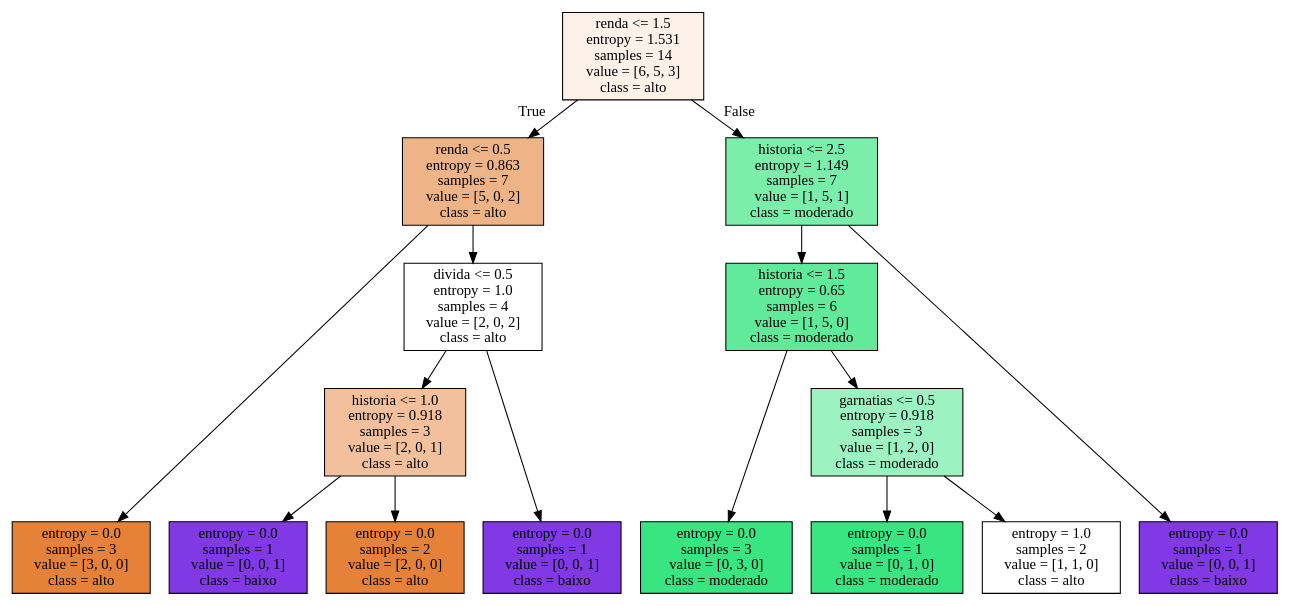
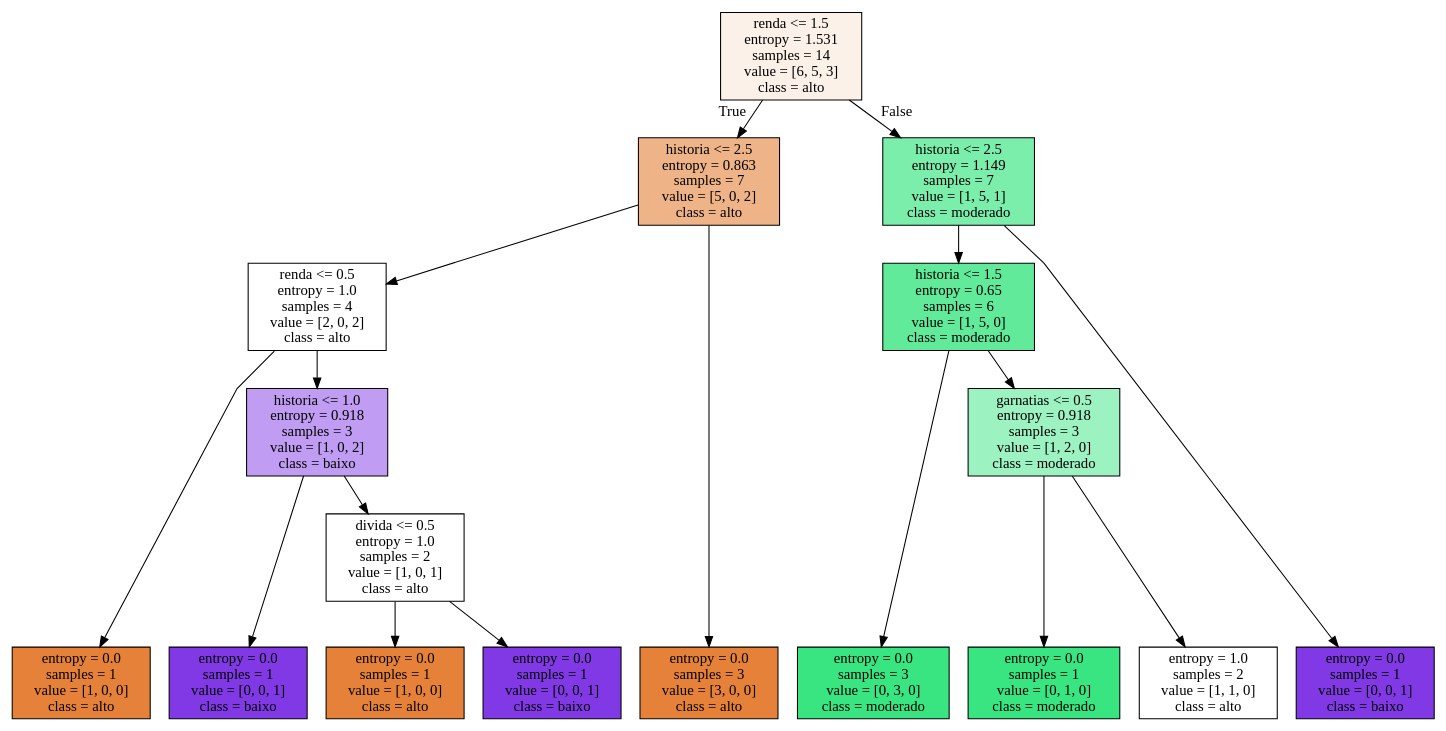
Before and after one commit to Ighus/studying_machine_learning: the diagram in arvore.dot, drawn with Graphviz. The commit also changed 11 other files, not shown here.

```diff
--- a/arvore.dot
+++ b/arvore.dot
@@ -1,38 +1,43 @@
 digraph Tree {
 node [shape=box, style="filled", color="black"] ;
 graph [ranksep=equally, splines=polyline] ;
 0 [label="renda <= 1.5\nentropy = 1.531\nsamples = 14\nvalue = [6, 5, 3]\nclass = alto", fillcolor="#fcf1e9"] ;
-1 [label="renda <= 0.5\nentropy = 0.863\nsamples = 7\nvalue = [5, 0, 2]\nclass = alto", fillcolor="#efb388"] ;
+1 [label="historia <= 2.5\nentropy = 0.863\nsamples = 7\nvalue = [5, 0, 2]\nclass = alto", fillcolor="#efb388"] ;
 0 -> 1 [labeldistance=2.5, labelangle=45, headlabel="True"] ;
-2 [label="entropy = 0.0\nsamples = 3\nvalue = [3, 0, 0]\nclass = alto", fillcolor="#e58139"] ;
+2 [label="renda <= 0.5\nentropy = 1.0\nsamples = 4\nvalue = [2, 0, 2]\nclass = alto", fillcolor="#ffffff"] ;
 1 -> 2 ;
-3 [label="divida <= 0.5\nentropy = 1.0\nsamples = 4\nvalue = [2, 0, 2]\nclass = alto", fillcolor="#ffffff"] ;
-1 -> 3 ;
-4 [label="historia <= 1.0\nentropy = 0.918\nsamples = 3\nvalue = [2, 0, 1]\nclass = alto", fillcolor="#f2c09c"] ;
-3 -> 4 ;
+3 [label="entropy = 0.0\nsamples = 1\nvalue = [1, 0, 0]\nclass = alto", fillcolor="#e58139"] ;
+2 -> 3 ;
+4 [label="historia <= 1.0\nentropy = 0.918\nsamples = 3\nvalue = [1, 0, 2]\nclass = baixo", fillcolor="#c09cf2"] ;
+2 -> 4 ;
 5 [label="entropy = 0.0\nsamples = 1\nvalue = [0, 0, 1]\nclass = baixo", fillcolor="#8139e5"] ;
 4 -> 5 ;
-6 [label="entropy = 0.0\nsamples = 2\nvalue = [2, 0, 0]\nclass = alto", fillcolor="#e58139"] ;
+6 [label="divida <= 0.5\nentropy = 1.0\nsamples = 2\nvalue = [1, 0, 1]\nclass = alto", fillcolor="#ffffff"] ;
 4 -> 6 ;
-7 [label="entropy = 0.0\nsamples = 1\nvalue = [0, 0, 1]\nclass = baixo", fillcolor="#8139e5"] ;
-3 -> 7 ;
-8 [label="historia <= 2.5\nentropy = 1.149\nsamples = 7\nvalue = [1, 5, 1]\nclass = moderado", fillcolor="#7beeab"] ;
-0 -> 8 [labeldistance=2.5, labelangle=-45, headlabel="False"] ;
-9 [label="historia <= 1.5\nentropy = 0.65\nsamples = 6\nvalue = [1, 5, 0]\nclass = moderado", fillcolor="#61ea9a"] ;
-8 -> 9 ;
-10 [label="entropy = 0.0\nsamples = 3\nvalue = [0, 3, 0]\nclass = moderado", fillcolor="#39e581"] ;
-9 -> 10 ;
-11 [label="garnatias <= 0.5\nentropy = 0.918\nsamples = 3\nvalue = [1, 2, 0]\nclass = moderado", fillcolor="#9cf2c0"] ;
-9 -> 11 ;
-12 [label="entropy = 0.0\nsamples = 1\nvalue = [0, 1, 0]\nclass = moderado", fillcolor="#39e581"] ;
+7 [label="entropy = 0.0\nsamples = 1\nvalue = [1, 0, 0]\nclass = alto", fillcolor="#e58139"] ;
+6 -> 7 ;
+8 [label="entropy = 0.0\nsamples = 1\nvalue = [0, 0, 1]\nclass = baixo", fillcolor="#8139e5"] ;
+6 -> 8 ;
+9 [label="entropy = 0.0\nsamples = 3\nvalue = [3, 0, 0]\nclass = alto", fillcolor="#e58139"] ;
+1 -> 9 ;
+10 [label="historia <= 2.5\nentropy = 1.149\nsamples = 7\nvalue = [1, 5, 1]\nclass = moderado", fillcolor="#7beeab"] ;
+0 -> 10 [labeldistance=2.5, labelangle=-45, headlabel="False"] ;
+11 [label="historia <= 1.5\nentropy = 0.65\nsamples = 6\nvalue = [1, 5, 0]\nclass = moderado", fillcolor="#61ea9a"] ;
+10 -> 11 ;
+12 [label="entropy = 0.0\nsamples = 3\nvalue = [0, 3, 0]\nclass = moderado", fillcolor="#39e581"] ;
 11 -> 12 ;
-13 [label="entropy = 1.0\nsamples = 2\nvalue = [1, 1, 0]\nclass = alto", fillcolor="#ffffff"] ;
+13 [label="garnatias <= 0.5\nentropy = 0.918\nsamples = 3\nvalue = [1, 2, 0]\nclass = moderado", fillcolor="#9cf2c0"] ;
 11 -> 13 ;
-14 [label="entropy = 0.0\nsamples = 1\nvalue = [0, 0, 1]\nclass = baixo", fillcolor="#8139e5"] ;
-8 -> 14 ;
+14 [label="entropy = 0.0\nsamples = 1\nvalue = [0, 1, 0]\nclass = moderado", fillcolor="#39e581"] ;
+13 -> 14 ;
+15 [label="entropy = 1.0\nsamples = 2\nvalue = [1, 1, 0]\nclass = alto", fillcolor="#ffffff"] ;
+13 -> 15 ;
+16 [label="entropy = 0.0\nsamples = 1\nvalue = [0, 0, 1]\nclass = baixo", fillcolor="#8139e5"] ;
+10 -> 16 ;
 {rank=same ; 0} ;
-{rank=same ; 1; 8} ;
-{rank=same ; 3; 9} ;
-{rank=same ; 4; 11} ;
-{rank=same ; 2; 5; 6; 7; 10; 12; 13; 14} ;
+{rank=same ; 1; 10} ;
+{rank=same ; 2; 11} ;
+{rank=same ; 4; 13} ;
+{rank=same ; 6} ;
+{rank=same ; 3; 5; 7; 8; 9; 12; 14; 15; 16} ;
 }
```
